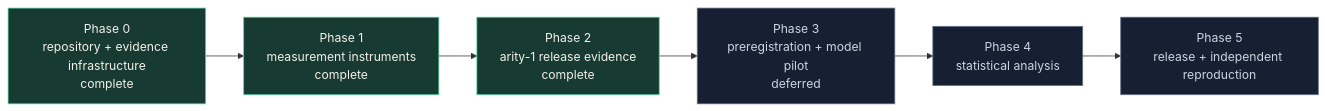
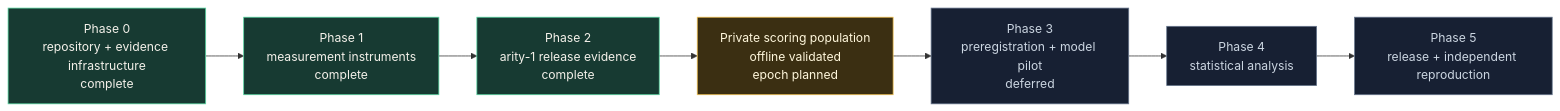
The first of 3 diagrams in README.md (muend/benchfck), drawn with Mermaid before and after one commit. The commit also changed other lines of this file and 6 other files, not shown here.

Commit message:
Record planned private scoring epoch (#18)

````diff
--- a/README.md
+++ b/README.md
@@ -29,12 +29,15 @@
 ```mermaid
 flowchart LR
     P0["Phase 0<br/>repository + evidence infrastructure<br/>complete"] --> P1["Phase 1<br/>measurement instruments<br/>complete"]
     P1 --> P2["Phase 2<br/>arity-1 release evidence<br/>complete"]
-    P2 --> P3["Phase 3<br/>preregistration + model pilot<br/>deferred"]
+    P2 --> PE["Private scoring population<br/>offline validated<br/>epoch planned"]
+    PE --> P3["Phase 3<br/>preregistration + model pilot<br/>deferred"]
     P3 --> P4["Phase 4<br/>statistical analysis"]
     P4 --> P5["Phase 5<br/>release + independent reproduction"]
     classDef complete fill:#173a32,stroke:#55d6a0,color:#f4f1ea;
+    classDef staged fill:#3b2f12,stroke:#f2c14e,color:#fff7dc;
     classDef pending fill:#172033,stroke:#64748b,color:#cbd5e1;
     class P0,P1,P2 complete;
+    class PE staged;
     class P3,P4,P5 pending;
 ```
````
